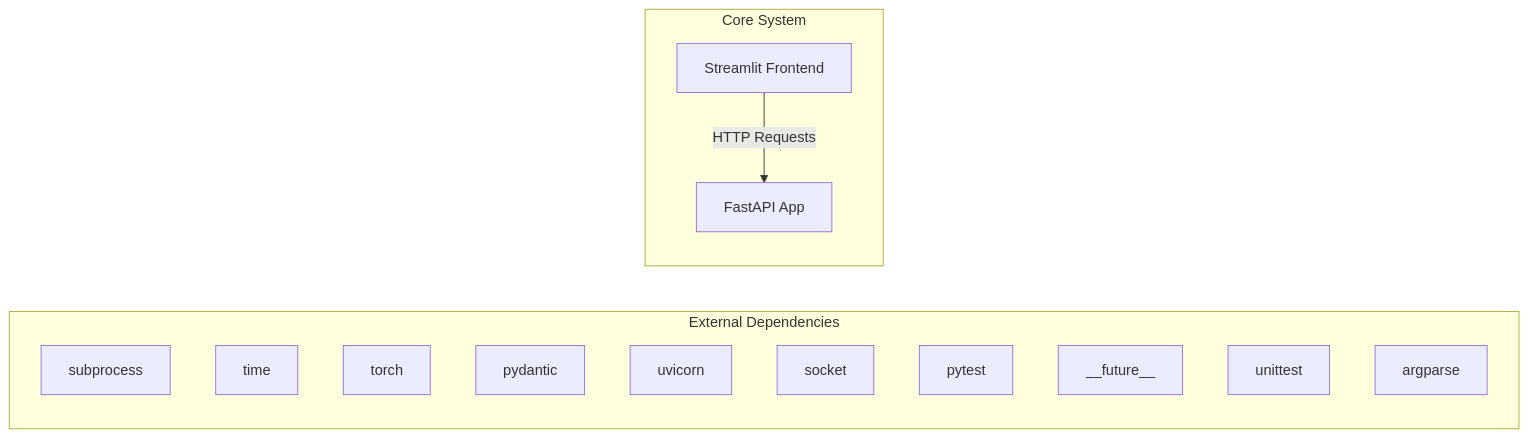
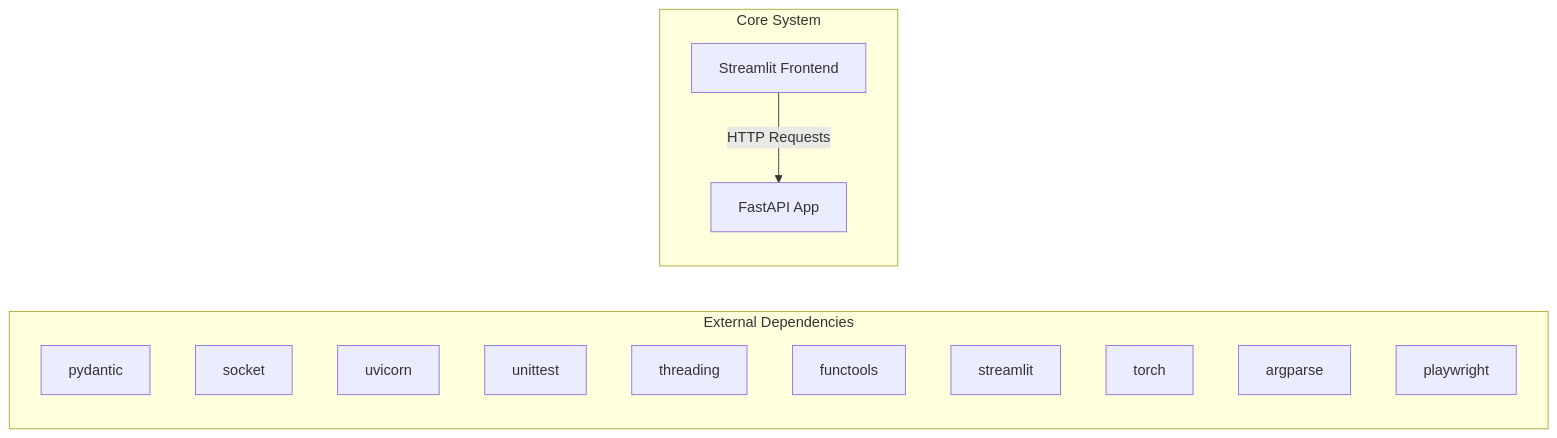
Before and after one commit to NITISH-R-G/rag-context-optimizer: the first of 2 diagrams in docs/architecture.md, drawn with Mermaid. The commit also changed 1 other file, not shown here.

Commit message:
docs: auto-update repository knowledge, architecture diagrams, and documentation

````diff
--- a/docs/architecture.md
+++ b/docs/architecture.md
@@ -7,20 +7,20 @@
 ```mermaid
 graph LR
     subgraph External Dependencies
-        E0["subprocess"]
-        E1["time"]
-        E2["torch"]
-        E3["pydantic"]
-        E4["uvicorn"]
-        E5["socket"]
-        E6["pytest"]
-        E7["__future__"]
-        E8["unittest"]
-        E9["argparse"]
+        E0["pydantic"]
+        E1["socket"]
+        E2["uvicorn"]
+        E3["unittest"]
+        E4["threading"]
+        E5["functools"]
+        E6["streamlit"]
+        E7["torch"]
+        E8["argparse"]
+        E9["playwright"]
     end
     subgraph Core System
         API["FastAPI App"]
         UI["Streamlit Frontend"]
     end
     UI -->|HTTP Requests| API
 ```
````
